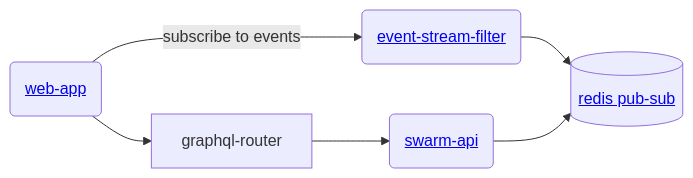
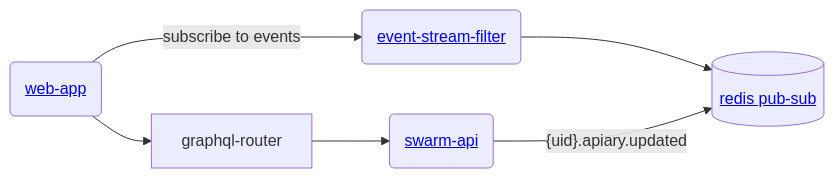
The diagram in README.md (Gratheon/event-stream-filter), drawn with Mermaid before and after one commit. The commit also changed 4 other files, not shown here.

````diff
--- a/README.md
+++ b/README.md
@@ -7,8 +7,7 @@
 ```mermaid
 flowchart LR
     web-app("<a href='https://github.com/Gratheon/web-app'>web-app</a>") --> graphql-router
     web-app --"subscribe to events"--> event-stream-filter("<a href='https://github.com/Gratheon/event-stream-filter'>event-stream-filter</a>") --> redis
     
-    graphql-router --> swarm-api("<a href='https://github.com/Gratheon/swarm-api'>swarm-api</a>") --> redis[("<a href='https://github.com/Gratheon/redis'>redis pub-sub</a>")]
-    
+    graphql-router --> swarm-api("<a href='https://github.com/Gratheon/swarm-api'>swarm-api</a>") --{uid}.apiary.updated--> redis[("<a href='https://github.com/Gratheon/redis'>redis pub-sub</a>")]    
 ```
````
